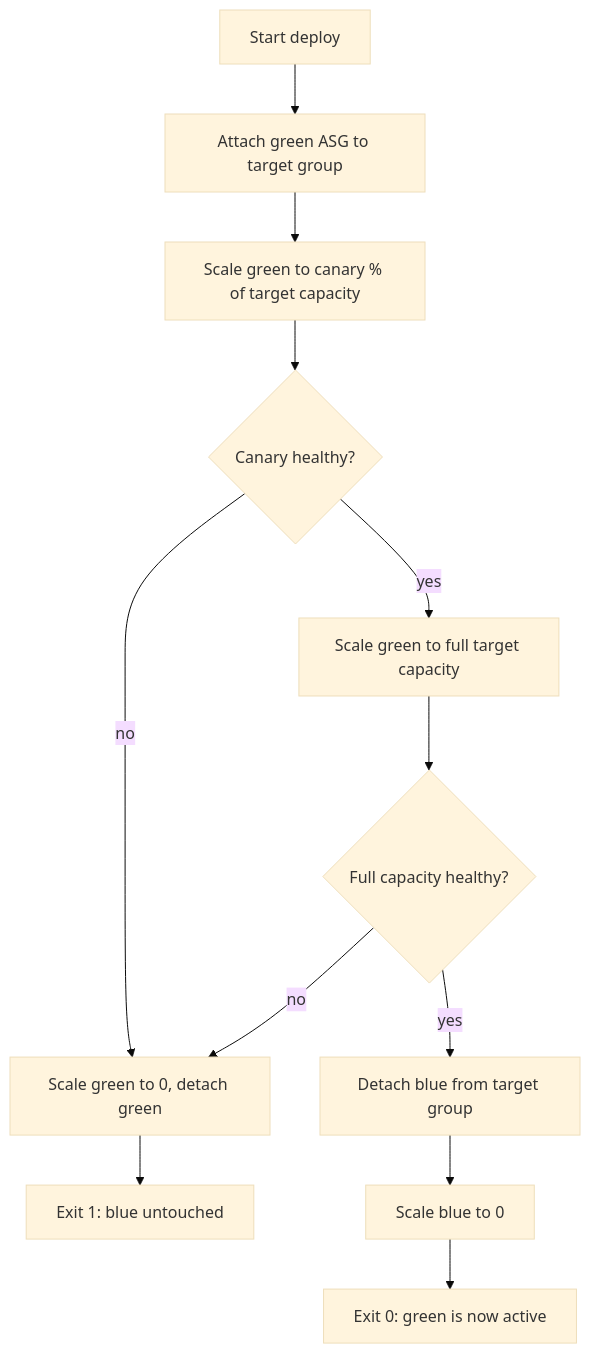
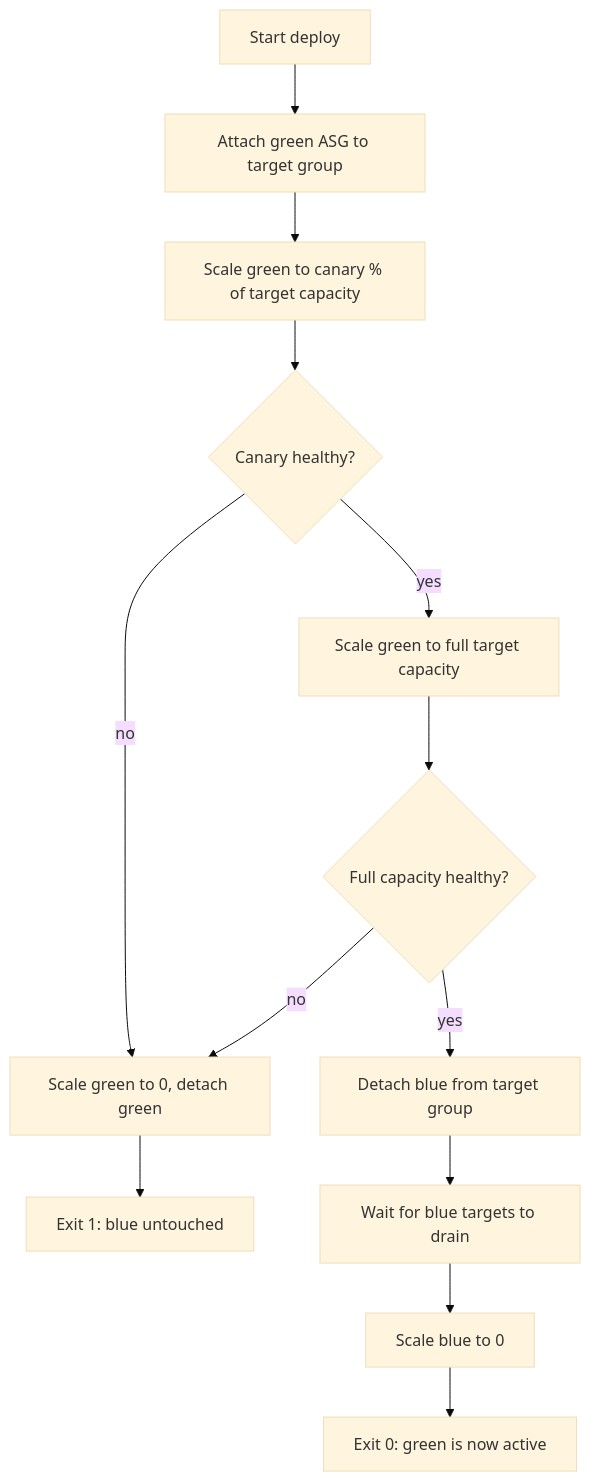
Before and after one commit to zeinhaidara/26-bash-asg-bluegreen-deploy: the diagram in README.md, drawn with Mermaid (base theme). The commit also changed other lines of this file and 3 other files, not shown here.

````diff
--- a/README.md
+++ b/README.md
@@ -24,14 +24,15 @@
 ```mermaid
 flowchart TD
     A[Start deploy] --> B[Attach green ASG to target group]
     B --> C[Scale green to canary % of target capacity]
     C --> D{Canary healthy?}
     D -- no --> E[Scale green to 0, detach green]
     E --> F[Exit 1: blue untouched]
     D -- yes --> G[Scale green to full target capacity]
     G --> H{Full capacity healthy?}
     H -- no --> E
     H -- yes --> I[Detach blue from target group]
-    I --> J[Scale blue to 0]
+    I --> I2[Wait for blue targets to drain]
+    I2 --> J[Scale blue to 0]
     J --> K[Exit 0: green is now active]
 ```
````
